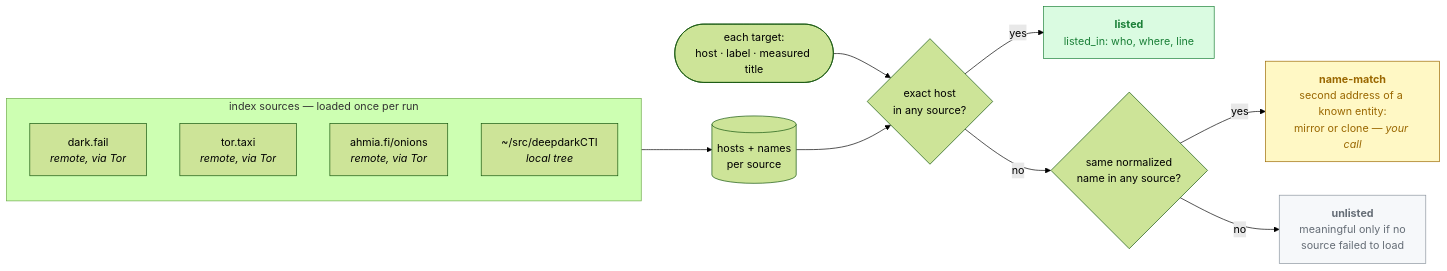
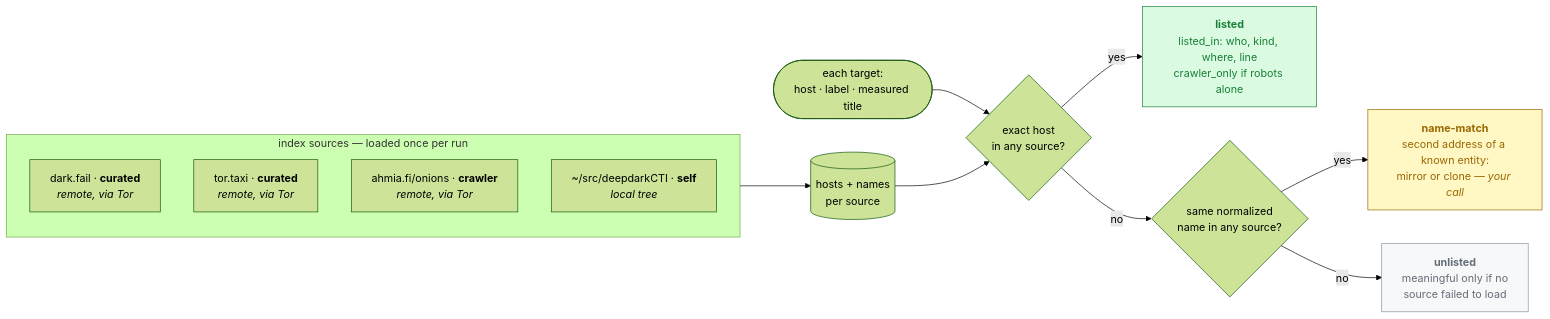
The second of 2 diagrams in README.md (xbara0x/nullius-in-onion), drawn with Mermaid (forest theme) before and after one commit. The commit also changed other lines of this file and 10 other files, not shown here.

````diff
--- a/README.md
+++ b/README.md
@@ -171,23 +193,23 @@
 ```mermaid
 flowchart LR
     subgraph sources ["index sources — loaded once per run"]
         direction TB
-        S1["dark.fail<br/><i>remote, via Tor</i>"]
-        S2["tor.taxi<br/><i>remote, via Tor</i>"]
-        S3["ahmia.fi/onions<br/><i>remote, via Tor</i>"]
-        S4["~/src/deepdarkCTI<br/><i>local tree</i>"]
+        S1["dark.fail · <b>curated</b><br/><i>remote, via Tor</i>"]
+        S2["tor.taxi · <b>curated</b><br/><i>remote, via Tor</i>"]
+        S3["ahmia.fi/onions · <b>crawler</b><br/><i>remote, via Tor</i>"]
+        S4["~/src/deepdarkCTI · <b>self</b><br/><i>local tree</i>"]
     end
     sources --> IDX[(hosts + names<br/>per source)]
     T([each target:<br/>host · label · measured title]) --> Q1{exact host<br/>in any source?}
     IDX --> Q1
-    Q1 -- yes --> L["<b>listed</b><br/>listed_in: who, where, line"]
+    Q1 -- yes --> L["<b>listed</b><br/>listed_in: who, kind, where, line<br/>crawler_only if robots alone"]
     Q1 -- no --> Q2{same normalized<br/>name in any source?}
     Q2 -- yes --> N["<b>name-match</b><br/>second address of a known entity:<br/>mirror or clone — <i>your call</i>"]
     Q2 -- no --> U["<b>unlisted</b><br/>meaningful only if no<br/>source failed to load"]
     classDef good fill:#dafbe1,stroke:#1a7f37,color:#1a7f37
     classDef warn fill:#fff8c5,stroke:#9a6700,color:#9a6700
     classDef dim fill:#f6f8fa,stroke:#8b949e,color:#656d76
     class L good
     class N warn
     class U dim
 ```
````
